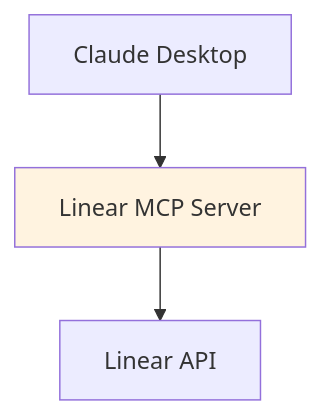
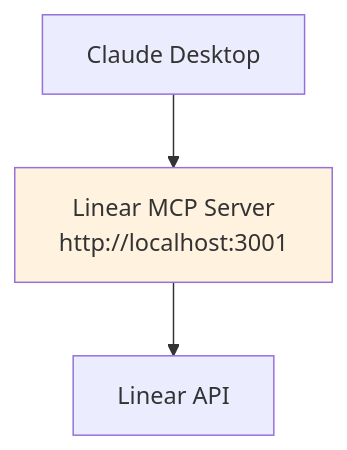
The second of 2 diagrams in docs/CLAUDE_ROUTING_GUIDE.md (Bothire-Agent-Marketplace/omni-mcp), drawn with Mermaid before and after one commit. The commit also changed other lines of this file and 31 other files, not shown here.

First line of the commit message:
feat(architecture): complete refactor to HTTP-based MCP servers

````diff
--- a/docs/CLAUDE_ROUTING_GUIDE.md
+++ b/docs/CLAUDE_ROUTING_GUIDE.md
@@ -178,7 +156,7 @@
 ```mermaid
 graph TD
-    A[Claude Desktop] --> B[Linear MCP Server]
+    A[Claude Desktop] --> B[Linear MCP Server<br/>http://localhost:3001]
     B --> C[Linear API]
 
     style B fill:#fff3e0
 ```
````
